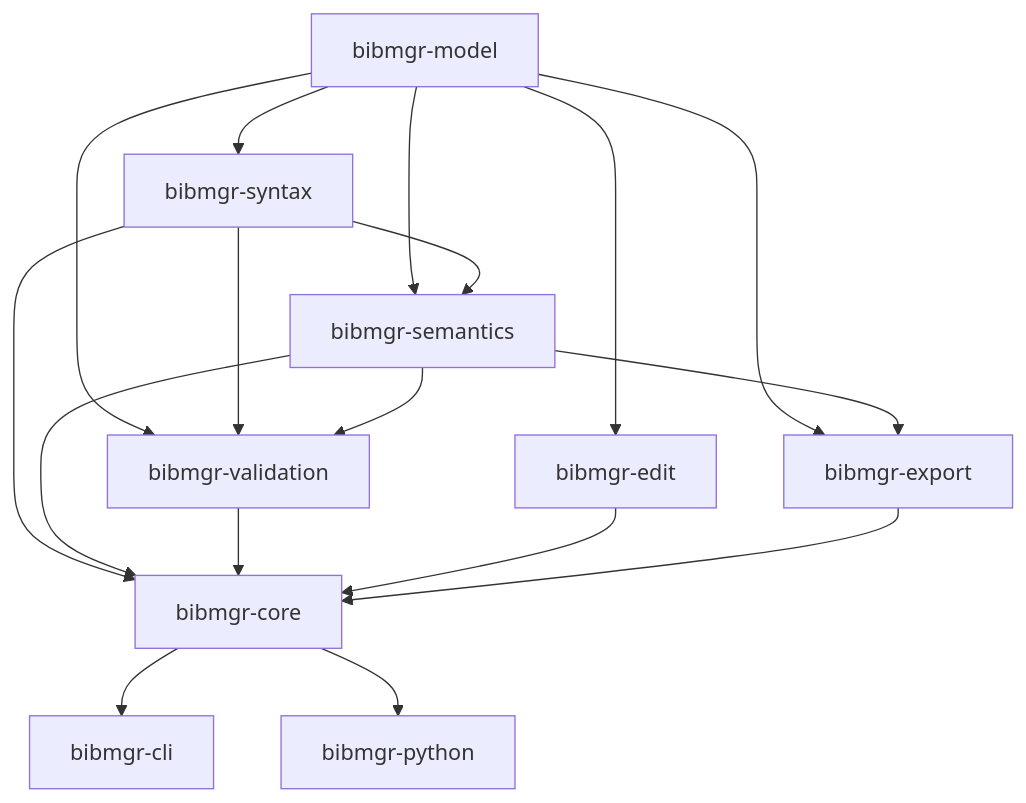
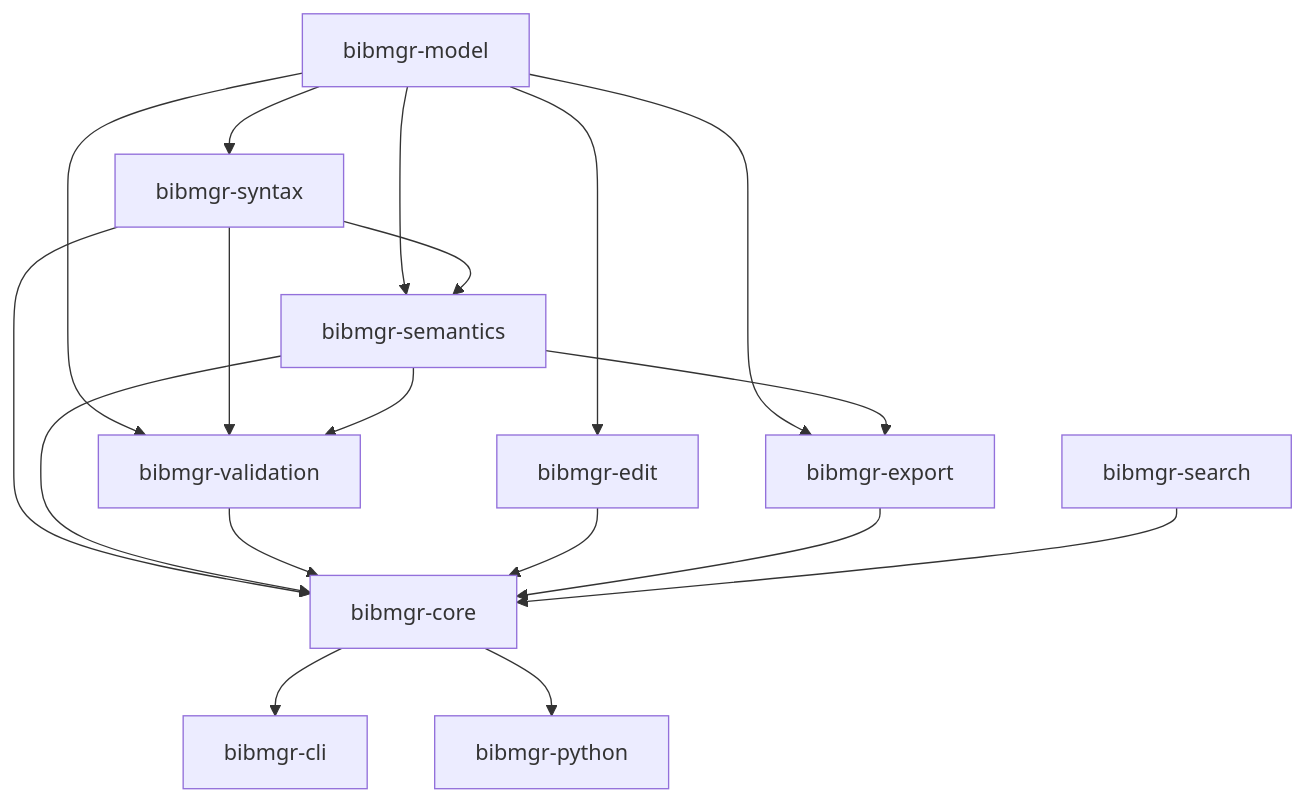
Before and after one commit to EhimeNLP/bibmgr: the first of 2 diagrams in docs/architecture.md, drawn with Mermaid. The commit also changed other lines of this file and 2 other files, not shown here.

Commit message:
docs: document ranked reference search

````diff
--- a/docs/architecture.md
+++ b/docs/architecture.md
@@ -9,29 +9,31 @@
 ```mermaid
 flowchart TD
     model["bibmgr-model"]
     syntax["bibmgr-syntax"]
     semantics["bibmgr-semantics"]
     validation["bibmgr-validation"]
     edit["bibmgr-edit"]
     export["bibmgr-export"]
     core["bibmgr-core"]
+    search["bibmgr-search"]
     cli["bibmgr-cli"]
     python["bibmgr-python"]
 
     model --> syntax
     model --> semantics
     syntax --> semantics
     model --> validation
     syntax --> validation
     semantics --> validation
     model --> edit
     model --> export
     semantics --> export
     syntax --> core
     semantics --> core
     validation --> core
     edit --> core
     export --> core
+    search --> core
     core --> cli
     core --> python
 ```
````
